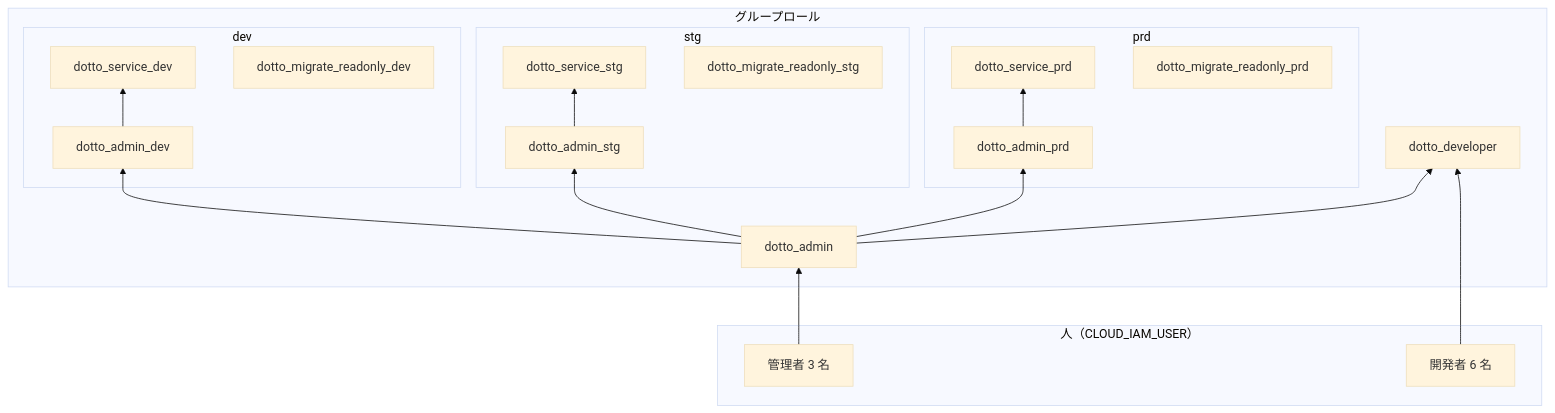
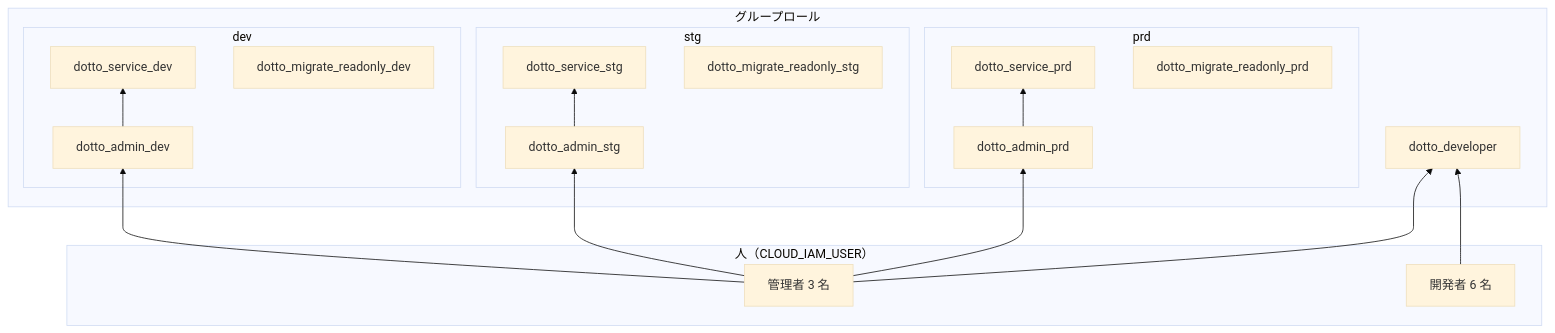
One commit to fun-dotto/infra changed the first of 2 diagrams in docs/postgresql_roles.md. Above: the diagram before and after it, drawn with Mermaid (base theme). The commit also changed other lines of this file and 2 other files, not shown here.

First line of the commit message:
Remove dotto_admin PostgreSQL role

````diff
--- a/docs/postgresql_roles.md
+++ b/docs/postgresql_roles.md
@@ -41,40 +40,37 @@
 ```mermaid
 flowchart BT
     subgraph human["人（CLOUD_IAM_USER）"]
         admins["管理者 3 名"]
         devs["開発者 6 名"]
     end
 
     subgraph groups["グループロール"]
-        dotto_admin
         dotto_developer
 
         subgraph dev["dev"]
             admin_dev[dotto_admin_dev]
             service_dev[dotto_service_dev]
             readonly_dev[dotto_migrate_readonly_dev]
         end
         subgraph stg["stg"]
             admin_stg[dotto_admin_stg]
             service_stg[dotto_service_stg]
             readonly_stg[dotto_migrate_readonly_stg]
         end
         subgraph prd["prd"]
             admin_prd[dotto_admin_prd]
             service_prd[dotto_service_prd]
             readonly_prd[dotto_migrate_readonly_prd]
         end
     end
 
-    admins --> dotto_admin
+    admins --> admin_dev
+    admins --> admin_stg
+    admins --> admin_prd
+    admins --> dotto_developer
     devs --> dotto_developer
-
-    dotto_admin --> admin_dev
-    dotto_admin --> admin_stg
-    dotto_admin --> admin_prd
-    dotto_admin --> dotto_developer
 
     admin_dev --> service_dev
     admin_stg --> service_stg
     admin_prd --> service_prd
 ```
````
